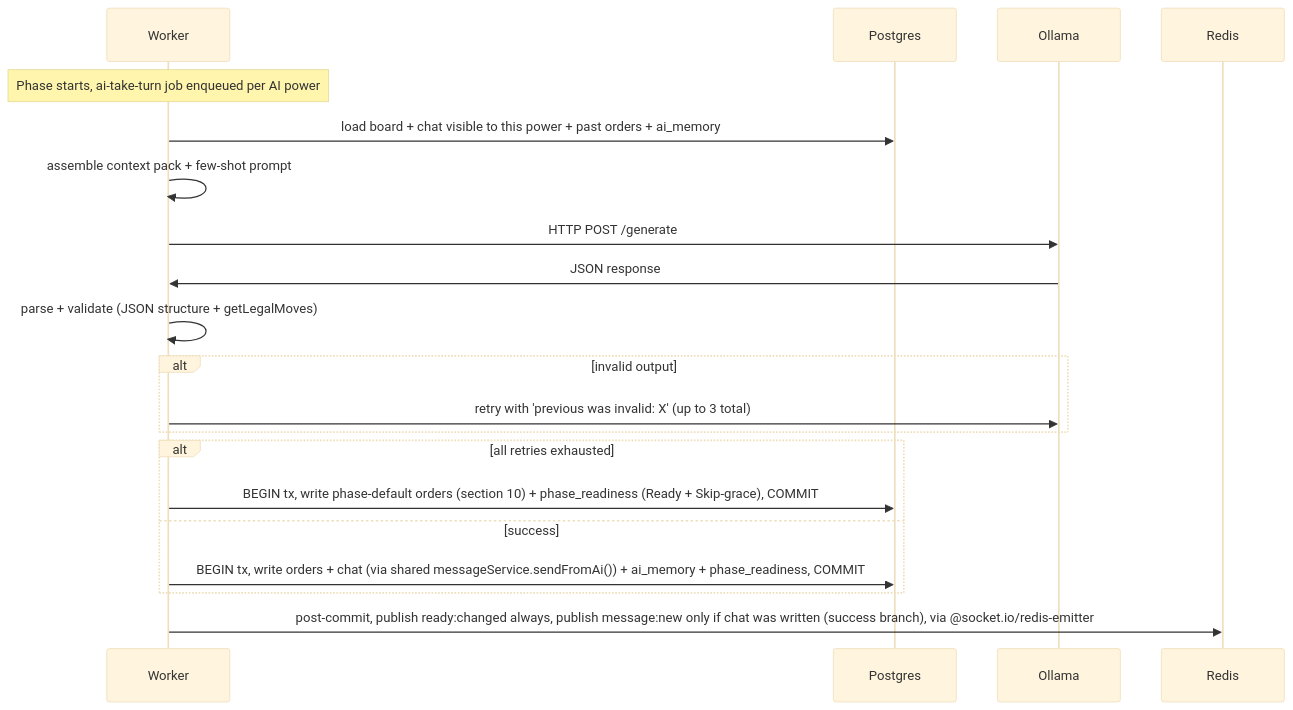
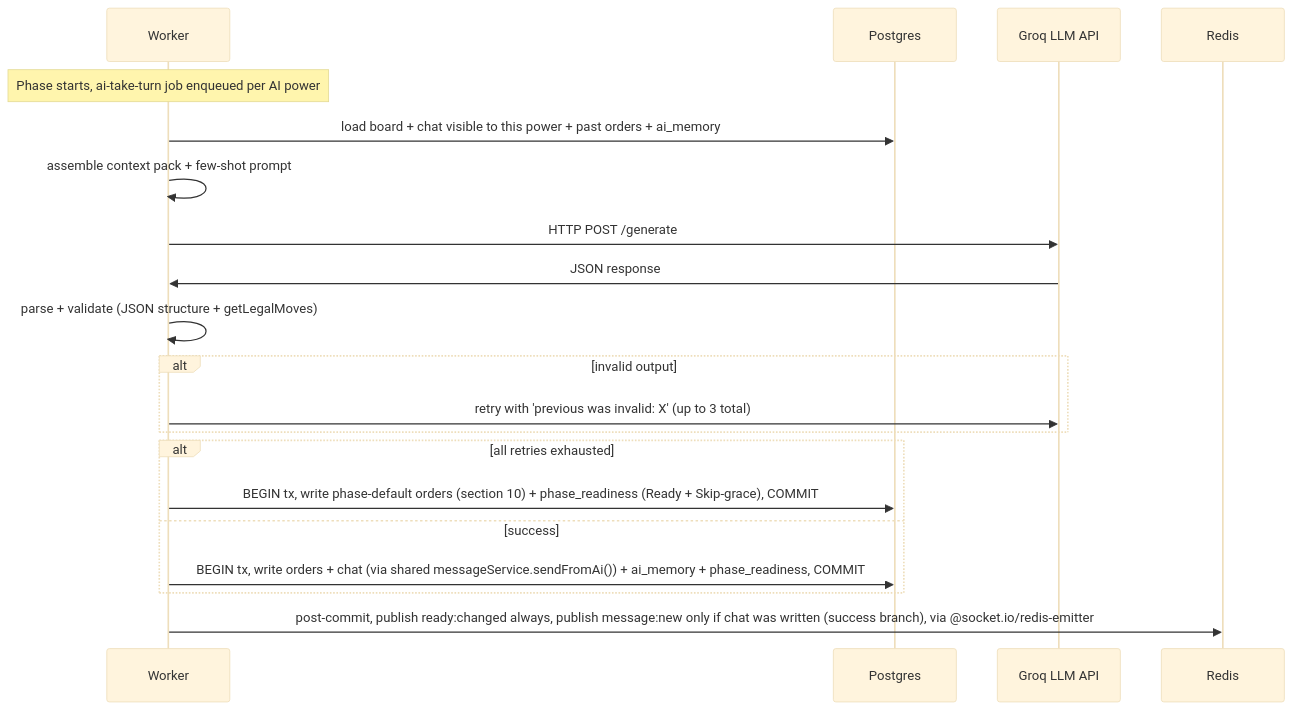
Diagram 16 of 18 in MilestoneSubmissions/DESIGN_DOC.md (The-Diplomats/Diplomacy), drawn with Mermaid (base theme) before and after one commit. The commit also changed other lines of this file and 9 other files, not shown here.

````diff
--- a/MilestoneSubmissions/DESIGN_DOC.md
+++ b/MilestoneSubmissions/DESIGN_DOC.md
@@ -585,22 +642,22 @@
 ```mermaid
 sequenceDiagram
     participant WK as Worker
     participant PG as Postgres
-    participant OLL as Ollama
+    participant OLL as Groq LLM API
     participant RD as Redis
     Note over WK: Phase starts, ai-take-turn job enqueued per AI power
     WK->>PG: load board + chat visible to this power + past orders + ai_memory
     WK->>WK: assemble context pack + few-shot prompt
     WK->>OLL: HTTP POST /generate
     OLL->>WK: JSON response
     WK->>WK: parse + validate (JSON structure + getLegalMoves)
     alt invalid output
         WK->>OLL: retry with 'previous was invalid: X' (up to 3 total)
     end
     alt all retries exhausted
         WK->>PG: BEGIN tx, write phase-default orders (section 10) + phase_readiness (Ready + Skip-grace), COMMIT
     else success
         WK->>PG: BEGIN tx, write orders + chat (via shared messageService.sendFromAi()) + ai_memory + phase_readiness, COMMIT
     end
     WK->>RD: post-commit, publish ready:changed always, publish message:new only if chat was written (success branch), via @socket.io/redis-emitter
 ```
````
